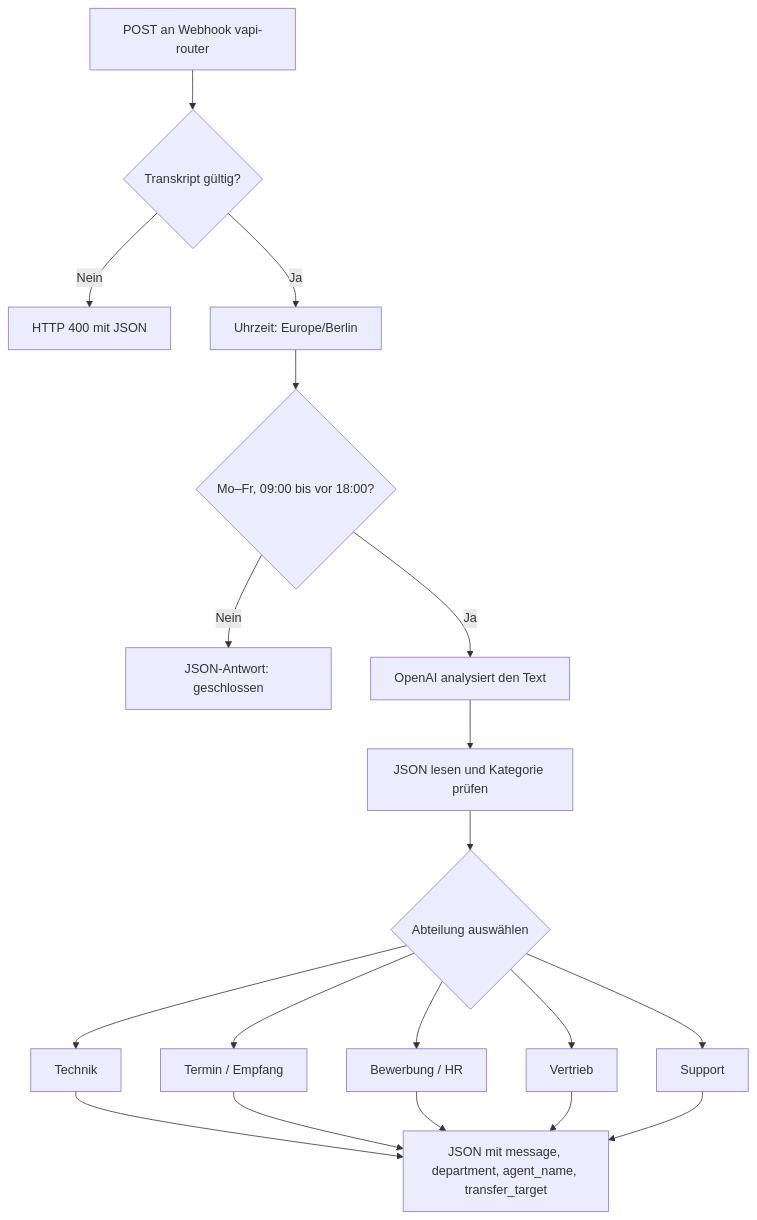
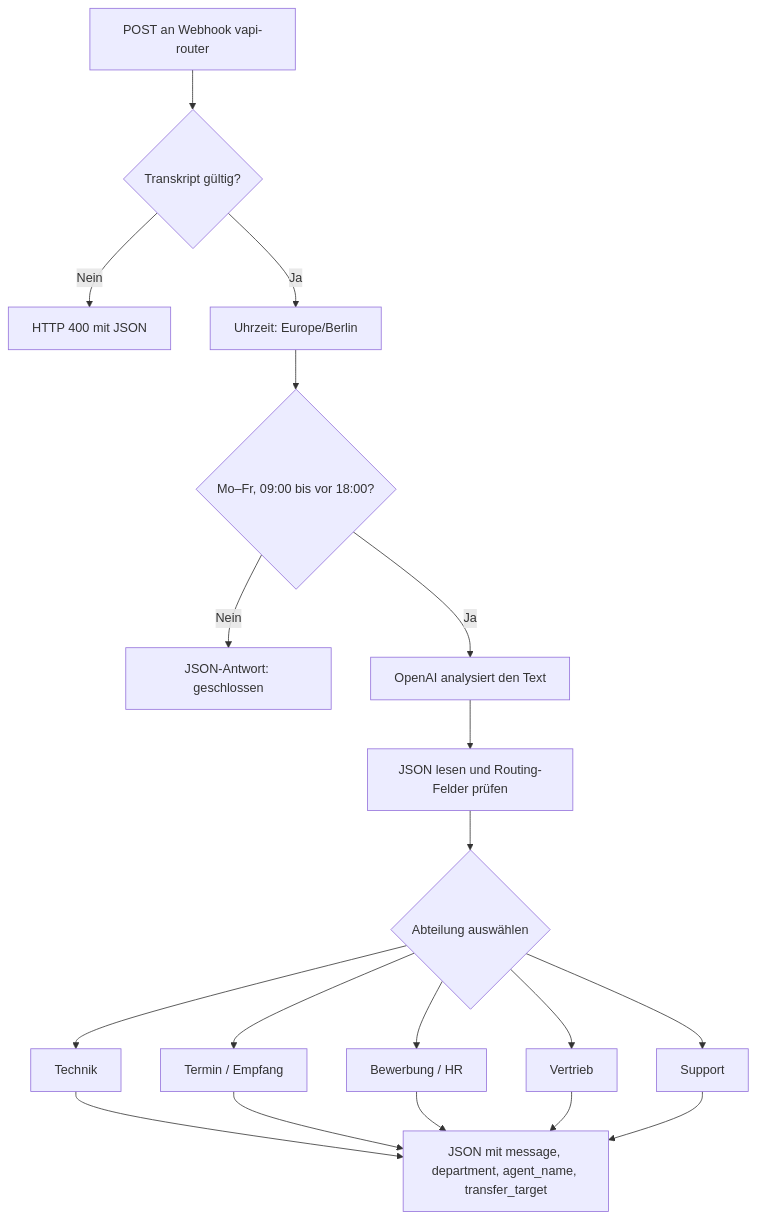
One commit to Mc-smail/ai-voice-routing changed the diagram in README.md. Above: the diagram before and after it, drawn with Mermaid. The commit also changed other lines of this file and 2 other files, not shown here.

First line of the commit message:
fix: normalize model routing fields before dispatch

````diff
--- a/README.md
+++ b/README.md
@@ -9,21 +9,21 @@
 ```mermaid
 flowchart TD
     A["POST an Webhook vapi-router"] --> V{"Transkript gültig?"}
     V -->|Nein| X["HTTP 400 mit JSON"]
     V -->|Ja| B["Uhrzeit: Europe/Berlin"]
     B --> C{"Mo–Fr, 09:00 bis vor 18:00?"}
     C -->|Nein| D["JSON-Antwort: geschlossen"]
     C -->|Ja| E["OpenAI analysiert den Text"]
-    E --> F["JSON lesen und Kategorie prüfen"]
+    E --> F["JSON lesen und Routing-Felder prüfen"]
     F --> G{"Abteilung auswählen"}
     G --> H["Technik"]
     G --> I["Termin / Empfang"]
     G --> J["Bewerbung / HR"]
     G --> K["Vertrieb"]
     G --> L["Support"]
     H --> M["JSON mit message, department, agent_name, transfer_target"]
     I --> M
     J --> M
     K --> M
     L --> M
 ```
````
